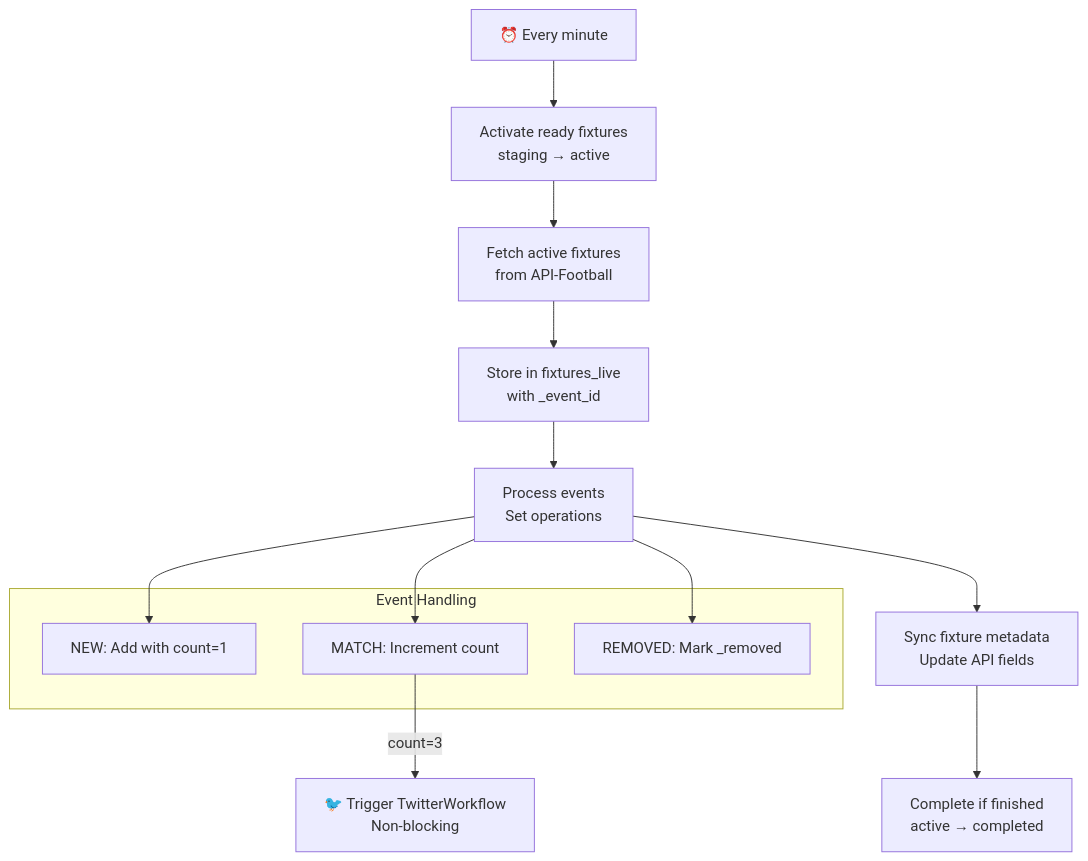
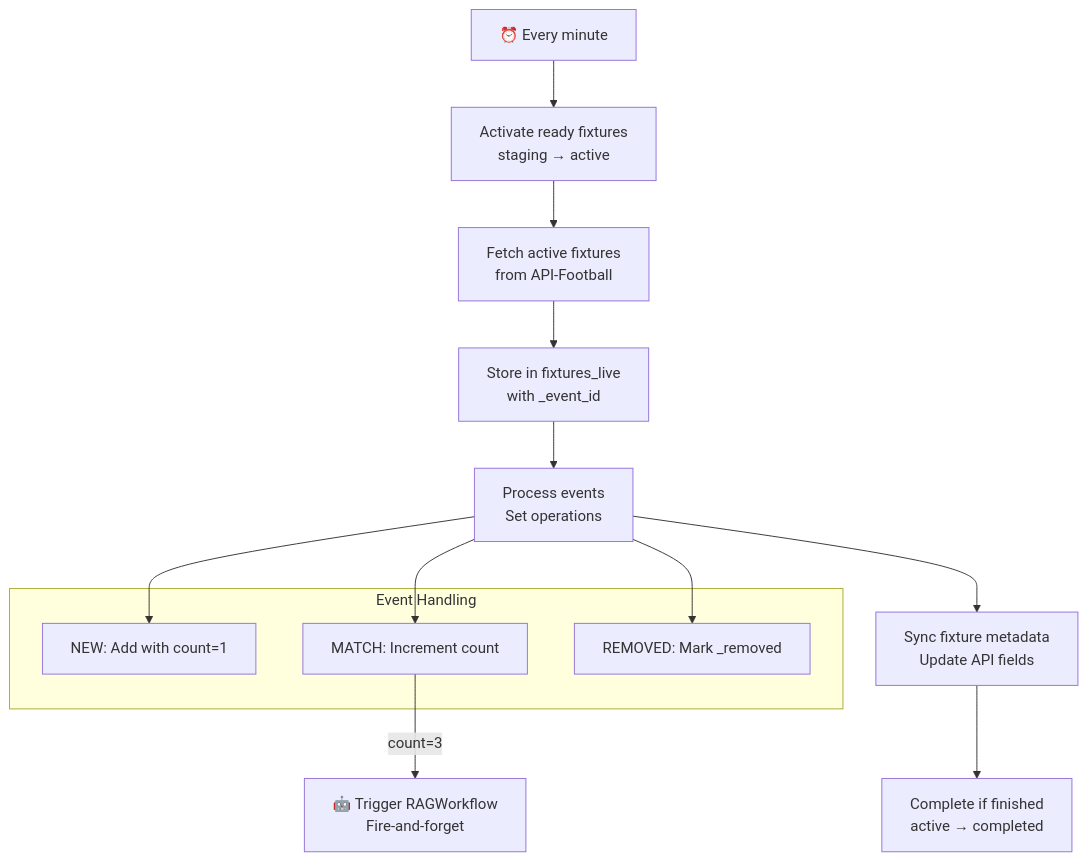
The tenth of 13 diagrams in README.md (vedantadhobley/found-footy), drawn with Mermaid before and after one commit. The commit also changed other lines of this file and 1 other file, not shown here.

First line of the commit message:
fix(rag): prepend team name words for better search priority

````diff
--- a/README.md
+++ b/README.md
@@ -480,24 +490,24 @@
 ```mermaid
 flowchart TB
     TRIGGER[⏰ Every minute]
     
     ACTIVATE[Activate ready fixtures<br/>staging → active]
     FETCH[Fetch active fixtures<br/>from API-Football]
     STORE[Store in fixtures_live<br/>with _event_id]
     PROCESS[Process events<br/>Set operations]
     
     subgraph EVENTS["Event Handling"]
         NEW[NEW: Add with count=1]
         MATCH[MATCH: Increment count]
         REMOVE[REMOVED: Mark _removed]
     end
     
-    TWITTER[🐦 Trigger TwitterWorkflow<br/>Non-blocking]
+    RAG[🤖 Trigger RAGWorkflow<br/>Fire-and-forget]
     SYNC[Sync fixture metadata<br/>Update API fields]
     COMPLETE[Complete if finished<br/>active → completed]
     
     TRIGGER --> ACTIVATE --> FETCH --> STORE --> PROCESS
     PROCESS --> NEW & MATCH & REMOVE
-    MATCH -->|count=3| TWITTER
+    MATCH -->|count=3| RAG
     PROCESS --> SYNC --> COMPLETE
 ```
````
